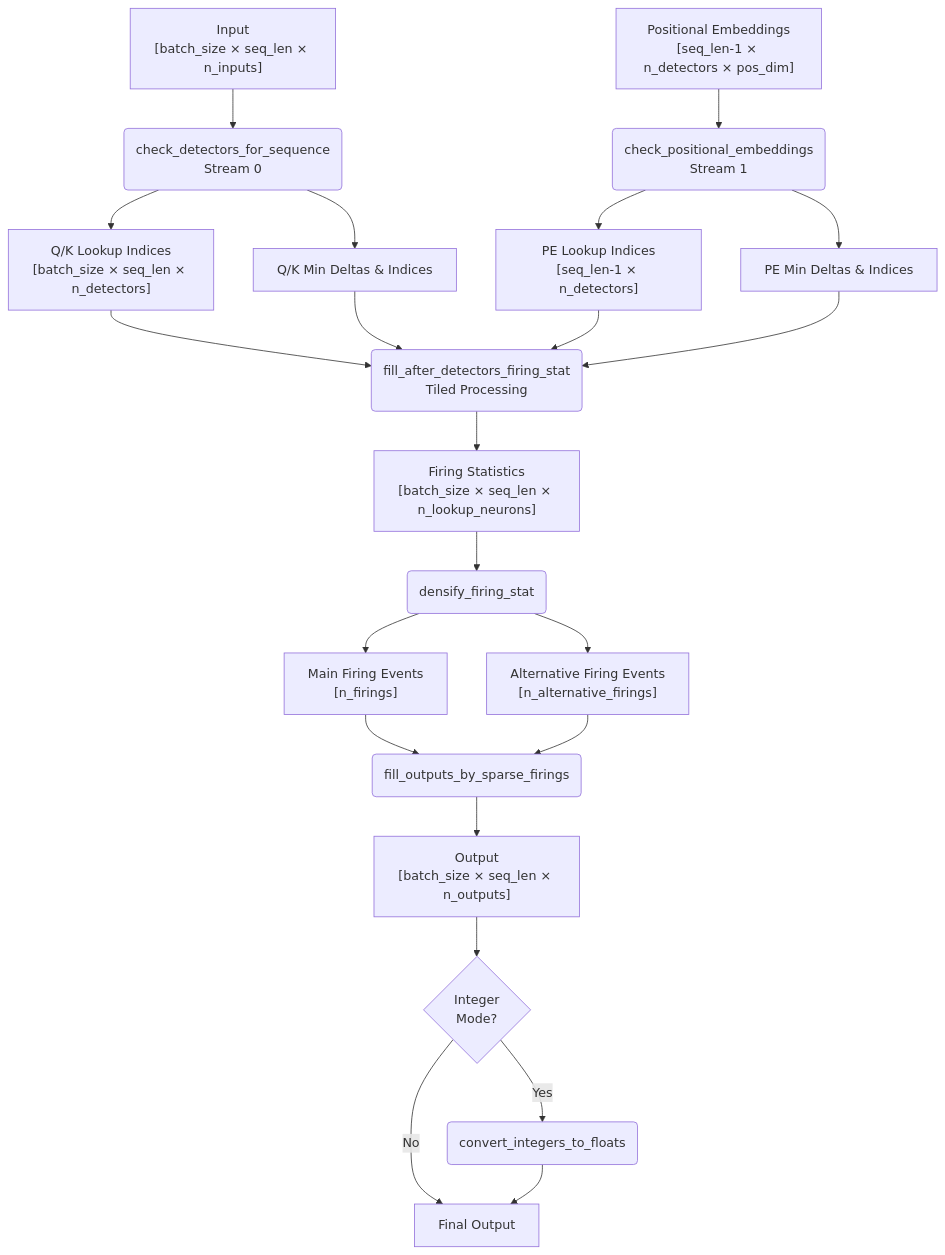
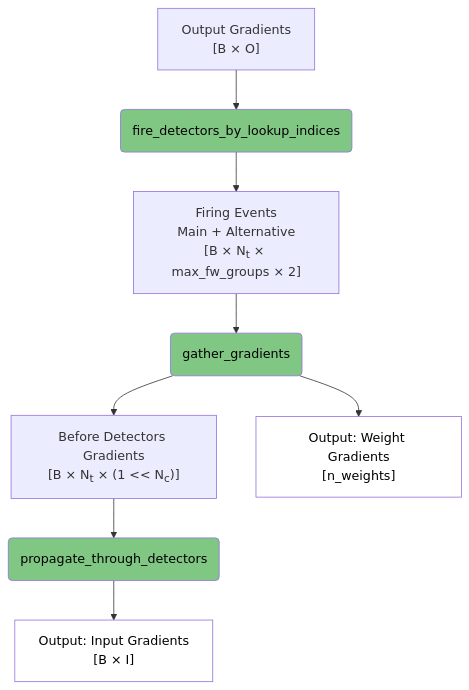
The fourth of 6 diagrams in spiky_cuda/lut/doc/LUT_RUNTIME_DATA_FLOW.md (anatoli-starostin/spiky), drawn with Mermaid before and after one commit. The commit also changed other lines of this file and 1 other file, not shown here.

````diff
--- a/spiky_cuda/lut/doc/LUT_RUNTIME_DATA_FLOW.md
+++ b/spiky_cuda/lut/doc/LUT_RUNTIME_DATA_FLOW.md
@@ -102,33 +79,20 @@
 ```mermaid
 flowchart TD
-    A["Input<br/>[batch_size × seq_len × n_inputs]"] --> B("check_detectors_for_sequence<br/>Stream 0")
-    C["Positional Embeddings<br/>[seq_len-1 × n_detectors × pos_dim]"] --> D("check_positional_embeddings<br/>Stream 1")
+    A["Output Gradients<br/>[B × O]"] --> B(fire_detectors_by_lookup_indices)
     
-    B --> E["Q/K Lookup Indices<br/>[batch_size × seq_len × n_detectors]"]
-    B --> F[Q/K Min Deltas & Indices]
+    B --> C["Firing Events<br/>Main + Alternative<br/>[B × N<sub>t</sub> × max_fw_groups × 2]"]
     
-    D --> G["PE Lookup Indices<br/>[seq_len-1 × n_detectors]"]
-    D --> H[PE Min Deltas & Indices]
+    C --> D(gather_gradients)
     
-    E --> I("fill_after_detectors_firing_stat<br/>Tiled Processing")
-    F --> I
-    G --> I
-    H --> I
+    D --> E["Before Detectors Gradients<br/>[B × N<sub>t</sub> × (1 << N<sub>c</sub>)]"]
+    D --> F["Output: Weight Gradients<br/>[n_weights]"]
     
-    I --> J["Firing Statistics<br/>[batch_size × seq_len × n_lookup_neurons]"]
+    E --> G(propagate_through_detectors)
+    G --> H["Output: Input Gradients<br/>[B × I]"]
     
-    J --> K(densify_firing_stat)
-    
-    K --> L["Main Firing Events<br/>[n_firings]"]
-    K --> M["Alternative Firing Events<br/>[n_alternative_firings]"]
-    
-    L --> N(fill_outputs_by_sparse_firings)
-    M --> N
-    
-    N --> O["Output<br/>[batch_size × seq_len × n_outputs]"]
-    
-    O --> P{Integer<br/>Mode?}
-    P -->|Yes| Q(convert_integers_to_floats)
-    P -->|No| R[Final Output]
-    Q --> R
+    style B fill:#81c784,color:#000000
+    style D fill:#81c784,color:#000000
+    style G fill:#81c784,color:#000000
+    style F fill:#ffffff,color:#000000
+    style H fill:#ffffff,color:#000000
 ```
````
